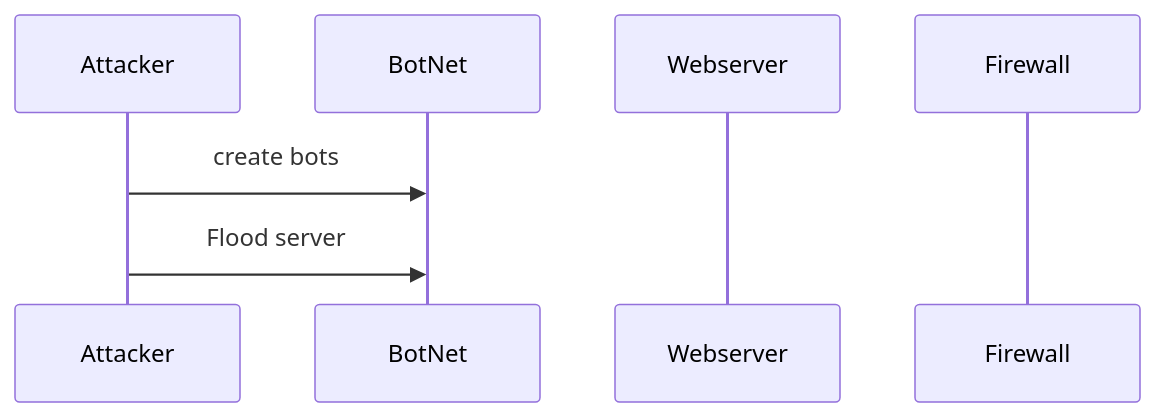
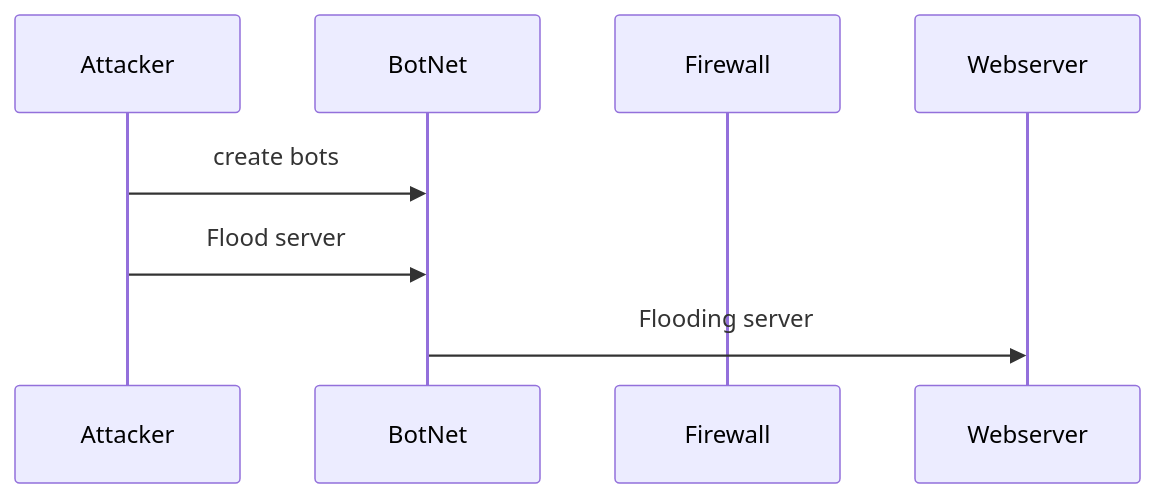
One commit to G-Marotta/Flowchart changed the diagram in DDoS_Attack_Sequence.md. Above: the diagram before and after it, drawn with Mermaid.

````diff
--- a/DDoS_Attack_Sequence.md
+++ b/DDoS_Attack_Sequence.md
@@ -2,9 +2,10 @@
 ```mermaid
 sequenceDiagram
     participant Attacker
     participant BotNet
+    participant Firewall
     participant Webserver
-    participant Firewall
     Attacker->>BotNet: create bots
     Attacker->>BotNet: Flood server
+    BotNet->>Webserver: Flooding server
 ```
````
